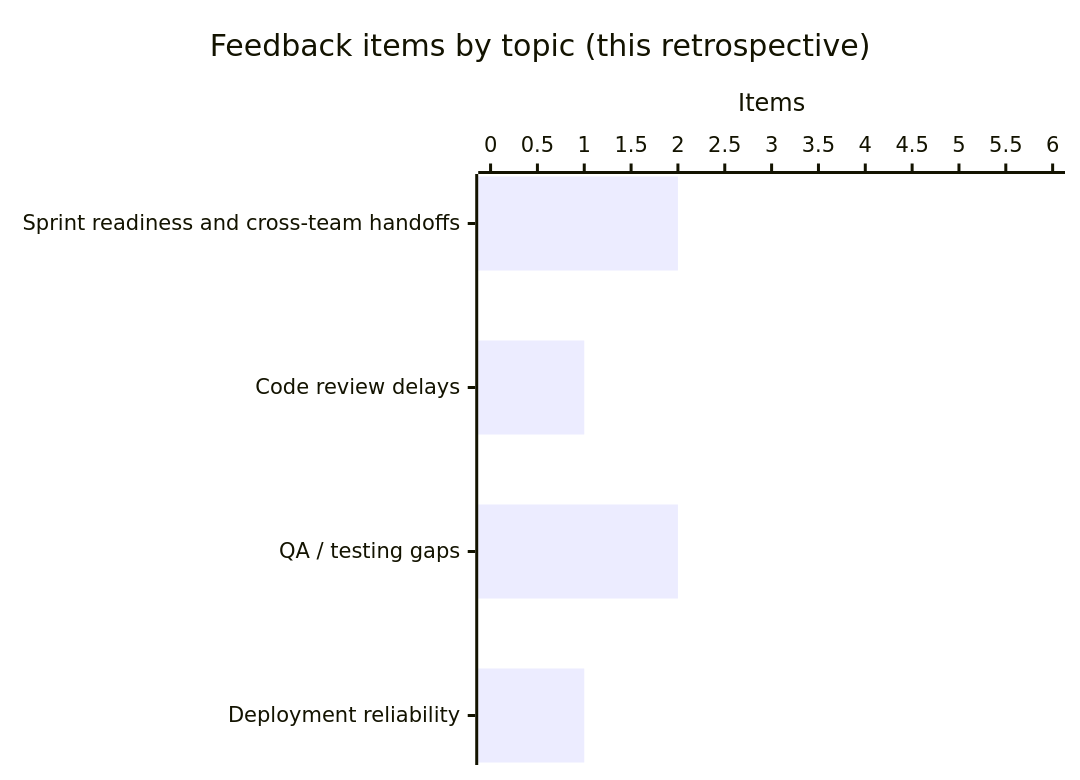
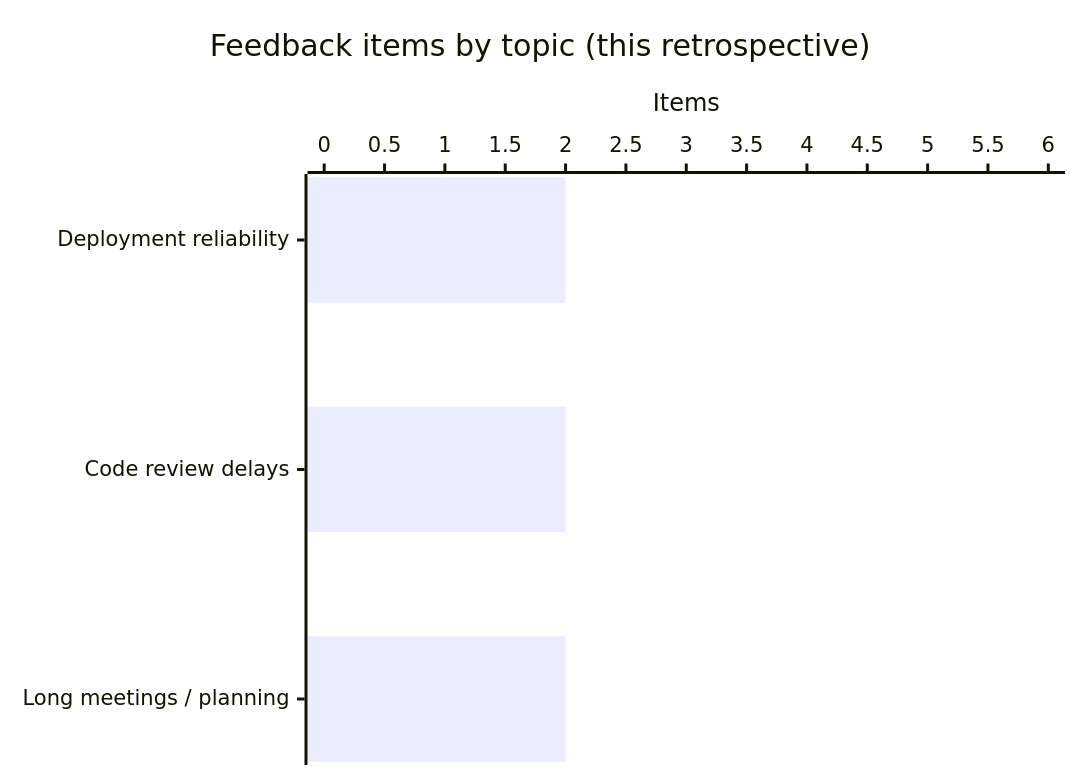
One commit to IslamFathyy/retro-lab changed the first of 2 diagrams in docs/reminders/latest-report.md. Above: the diagram before and after it, drawn with Mermaid. The commit also changed other lines of this file and 3 other files, not shown here.

````diff
--- a/docs/reminders/latest-report.md
+++ b/docs/reminders/latest-report.md
@@ -32,7 +31,7 @@
 ```mermaid
 xychart-beta horizontal
     title "Feedback items by topic (this retrospective)"
-    x-axis ["Sprint readiness and cross-team handoffs", "Code review delays", "QA / testing gaps", "Deployment reliability"]
+    x-axis ["Deployment reliability", "Code review delays", "Long meetings / planning"]
     y-axis "Items" 0 --> 6
-    bar [2, 1, 2, 1]
+    bar [2, 2, 2]
 ```
````
